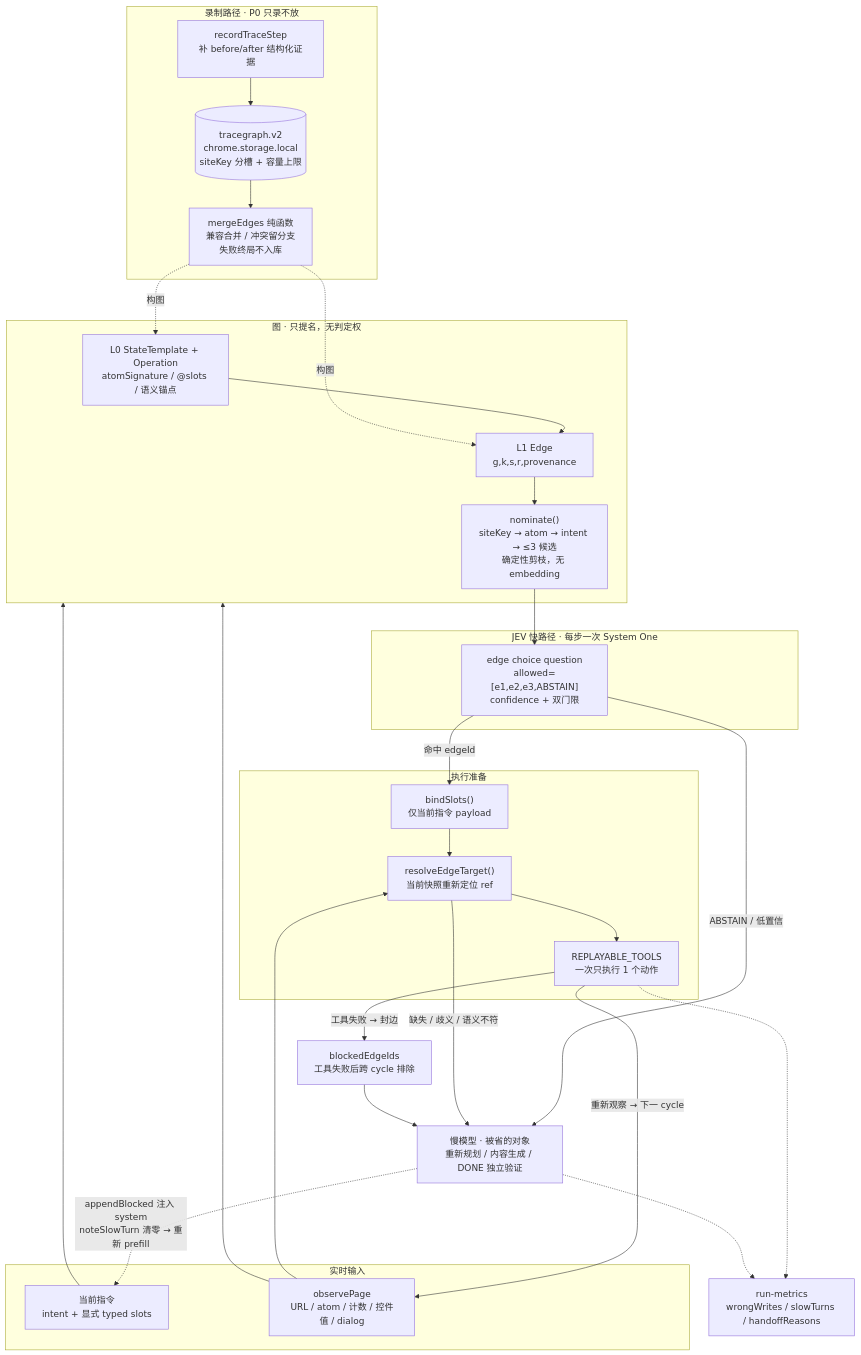
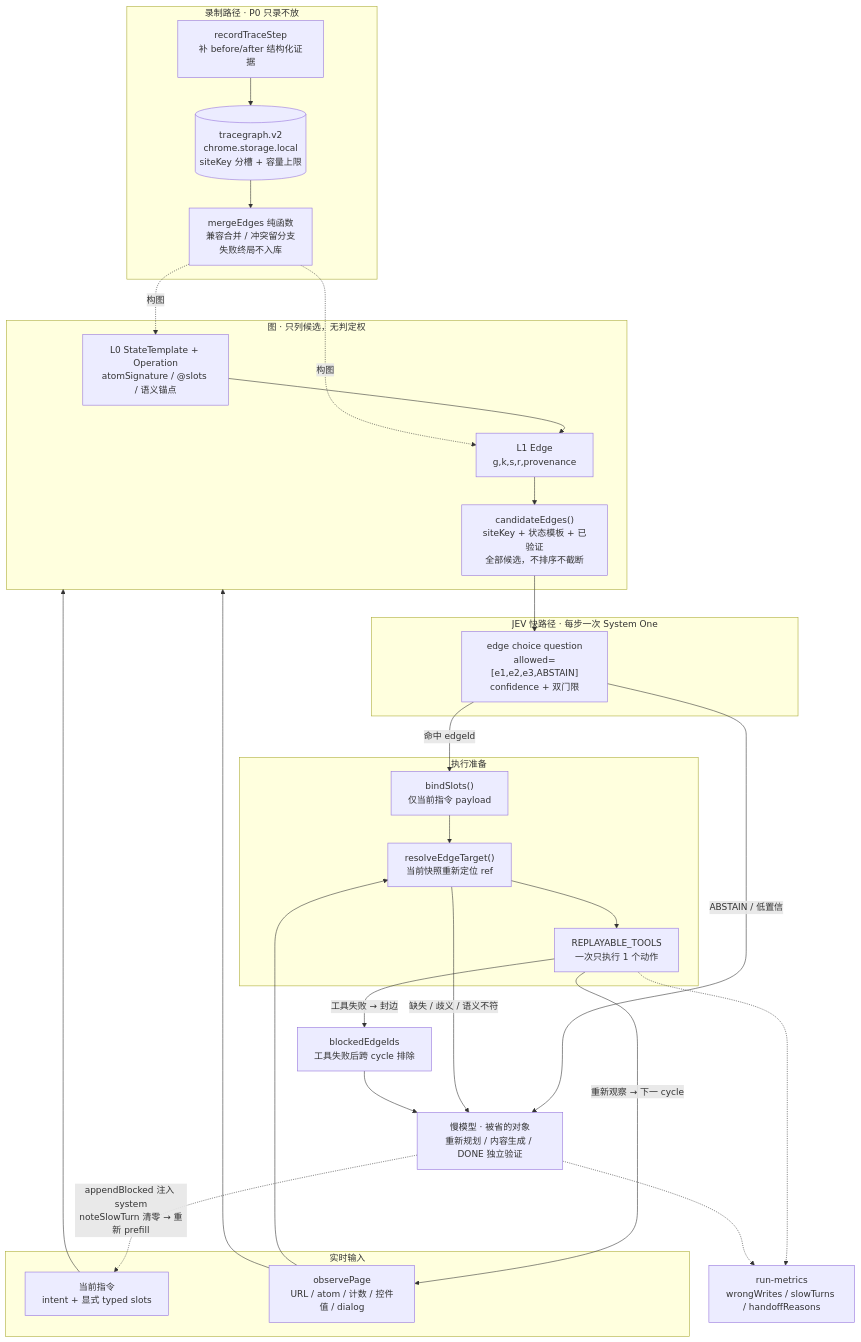
The diagram in docs/tracegraph.v2.md (marioyyds/RecallFlow), drawn with Mermaid before and after one commit. The commit also changed other lines of this file and 35 other files, not shown here.

````diff
--- a/docs/tracegraph.v2.md
+++ b/docs/tracegraph.v2.md
@@ -60,52 +60,52 @@
 ```mermaid
 flowchart TB
   subgraph REC["录制路径 · P0 只录不放"]
     RT["recordTraceStep<br/>补 before/after 结构化证据"]
     ST[("tracegraph.v2<br/>chrome.storage.local<br/>siteKey 分槽 + 容量上限")]
     MG["mergeEdges 纯函数<br/>兼容合并 / 冲突留分支<br/>失败终局不入库"]
     RT --> ST --> MG
   end
 
-  subgraph MEM["图 · 只提名，无判定权"]
+  subgraph MEM["图 · 只列候选，无判定权"]
     L0["L0 StateTemplate + Operation<br/>atomSignature / @slots / 语义锚点"]
     L1["L1 Edge<br/>g,k,s,r,provenance"]
-    NOM["nominate()<br/>siteKey → atom → intent → ≤3 候选<br/>确定性剪枝，无 embedding"]
+    NOM["candidateEdges()<br/>siteKey + 状态模板 + 已验证<br/>全部候选，不排序不截断"]
     L0 --> L1 --> NOM
   end
 
   subgraph INPUT["实时输入"]
     U["当前指令<br/>intent + 显式 typed slots"]
     OBS["observePage<br/>URL / atom / 计数 / 控件值 / dialog"]
   end
 
   subgraph JEV["JEV 快路径 · 每步一次 System One"]
     JQ["edge choice question<br/>allowed=[e1,e2,e3,ABSTAIN]<br/>confidence + 双门限"]
   end
 
   subgraph GROUND["执行准备"]
     BS["bindSlots()<br/>仅当前指令 payload"]
     GT["resolveEdgeTarget()<br/>当前快照重新定位 ref"]
     EX["REPLAYABLE_TOOLS<br/>一次只执行 1 个动作"]
     BS --> GT --> EX
   end
 
   BL["blockedEdgeIds<br/>工具失败后跨 cycle 排除"]
   SLOW["慢模型 · 被省的对象<br/>重新规划 / 内容生成 / DONE 独立验证"]
   MET["run-metrics<br/>wrongWrites / slowTurns / handoffReasons"]
 
   MG -.->|"构图"| L0
   MG -.->|"构图"| L1
   U --> MEM
   OBS --> MEM
   OBS --> GT
   NOM --> JQ
   JQ -->|"命中 edgeId"| BS
   JQ -->|"ABSTAIN / 低置信"| SLOW
   GT -->|"缺失 / 歧义 / 语义不符"| SLOW
   EX -->|"工具失败 → 封边"| BL
   BL --> SLOW
   SLOW -.->|"appendBlocked 注入 system<br/>noteSlowTurn 清零 → 重新 prefill"| U
   EX -->|"重新观察 → 下一 cycle"| OBS
   EX -.-> MET
   SLOW -.-> MET
 ```
````
